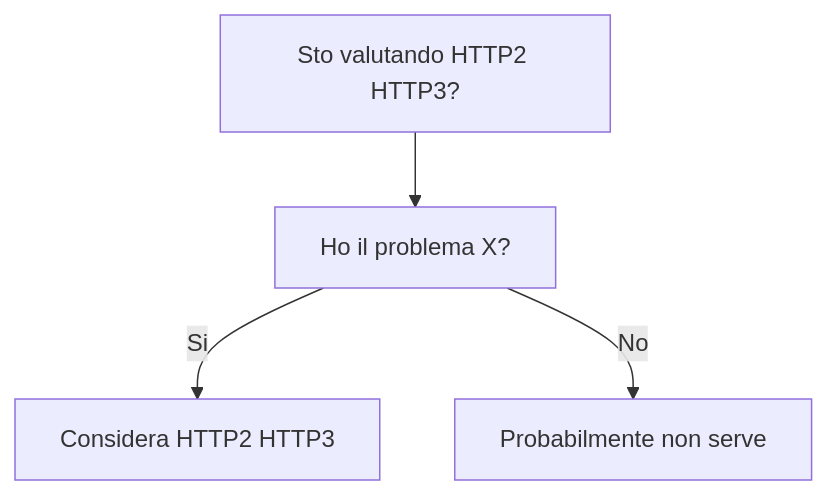
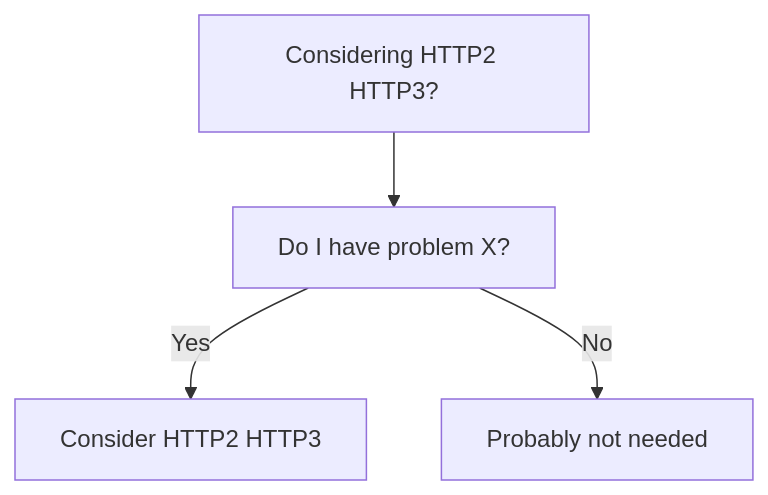
Before and after one commit to HxT9/Software-Dev-Wiki: the diagram in dev-wiki/07_Networking/HTTP2_HTTP3/When_To_Use.md, drawn with Mermaid. The commit also changed other lines of this file and 3444 other files, not shown here.

````diff
--- a/dev-wiki/07_Networking/HTTP2_HTTP3/When_To_Use.md
+++ b/dev-wiki/07_Networking/HTTP2_HTTP3/When_To_Use.md
@@ -19,6 +19,6 @@
 ```mermaid
 flowchart TD
-  Q[Sto valutando HTTP2 HTTP3?] --> Q1[Ho il problema X?]
-  Q1 -->|Si| OK[Considera HTTP2 HTTP3]
-  Q1 -->|No| NO[Probabilmente non serve]
+  Q[Considering HTTP2 HTTP3?] --> Q1[Do I have problem X?]
+  Q1 -->|Yes| OK[Consider HTTP2 HTTP3]
+  Q1 -->|No| NO[Probably not needed]
 ```
````
